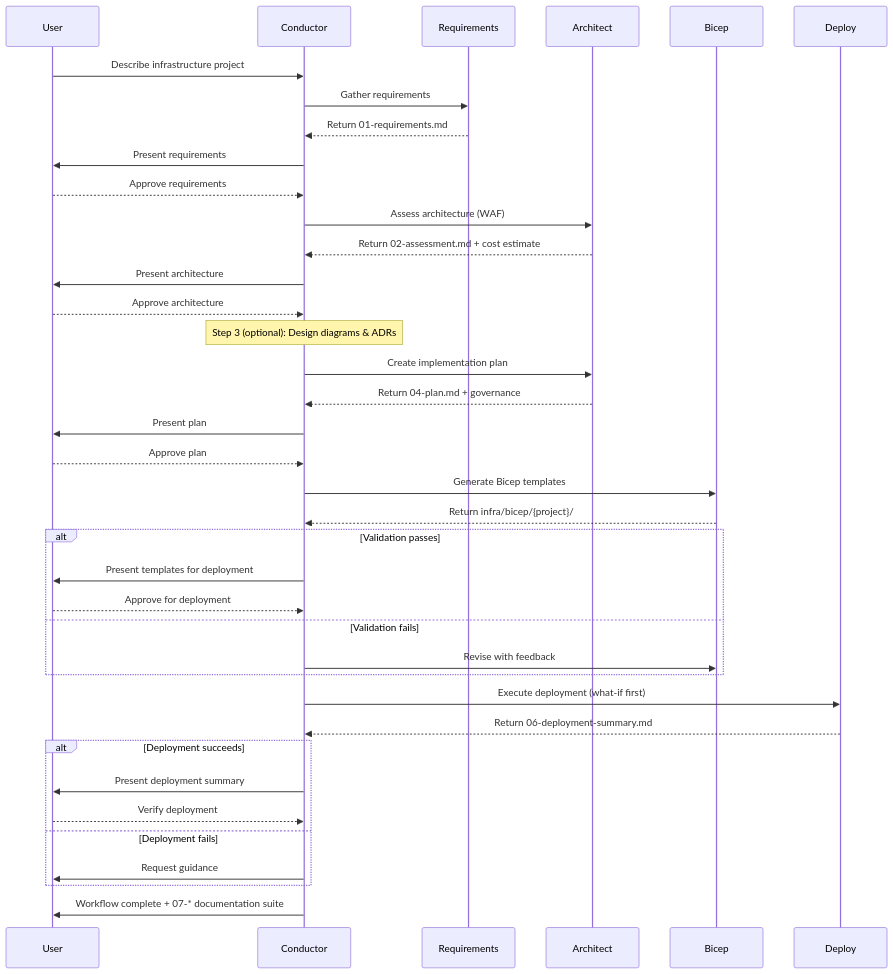
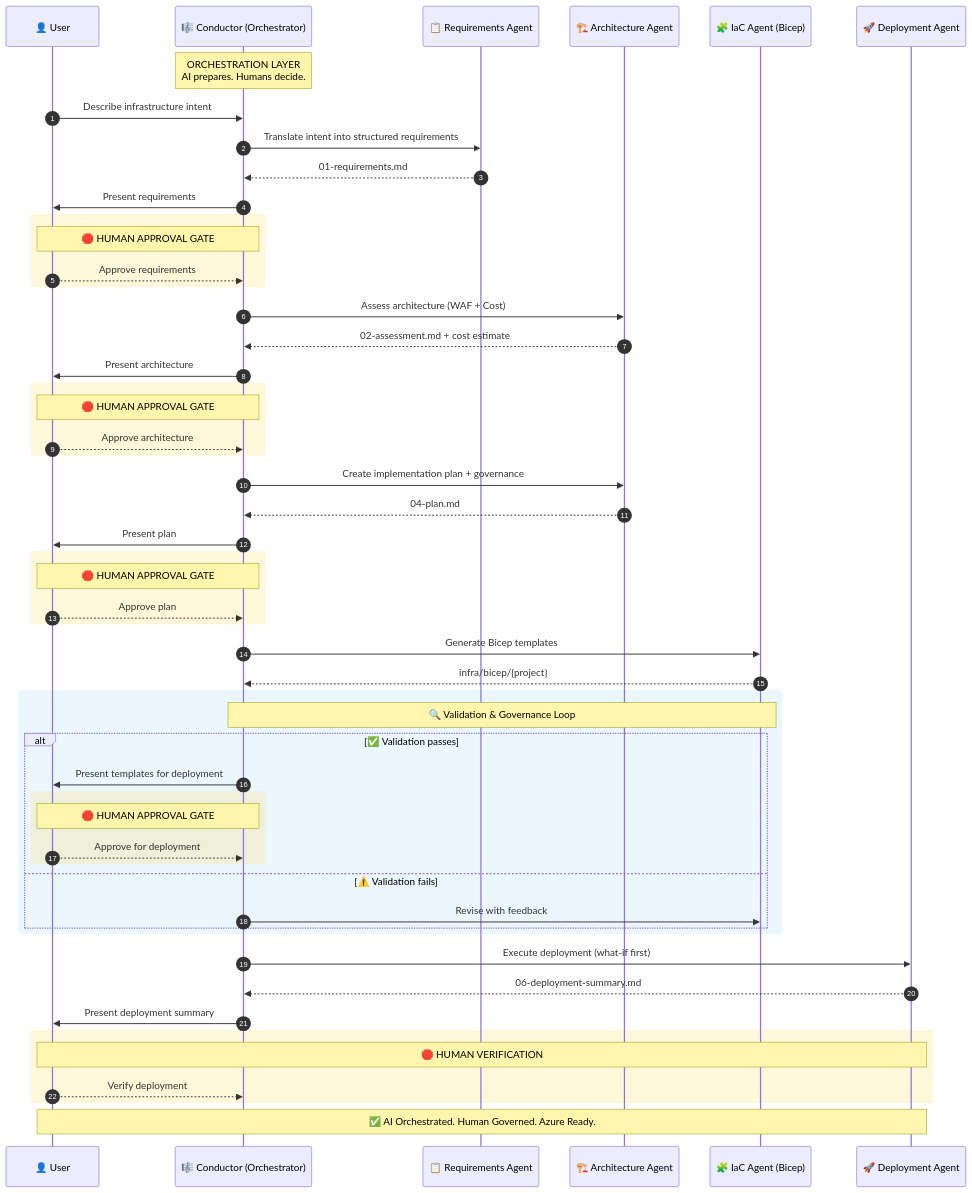
Before and after one commit to jonathan-vella/apex: the diagram in README.md, drawn with Mermaid. The commit also changed 3 other files, not shown here.

Commit message:
docs: update workflow diagram and gh trigger

````diff
--- a/README.md
+++ b/README.md
@@ -120,49 +120,73 @@
 ```mermaid
 sequenceDiagram
-    participant User
-    participant Conductor
-    participant Requirements
-    participant Architect
-    participant Bicep
-    participant Deploy
+    autonumber
+    participant U as 👤 User
+    participant C as 🎼 Conductor (Orchestrator)
+    participant R as 📋 Requirements Agent
+    participant A as 🏗️ Architecture Agent
+    participant B as 🧩 IaC Agent (Bicep)
+    participant D as 🚀 Deployment Agent
 
-    User->>Conductor: Describe infrastructure project
-    Conductor->>Requirements: Gather requirements
-    Requirements-->>Conductor: Return 01-requirements.md
-    Conductor->>User: Present requirements
-    User-->>Conductor: Approve requirements
+    Note over C: ORCHESTRATION LAYER<br/>AI prepares. Humans decide.
 
-    Conductor->>Architect: Assess architecture (WAF)
-    Architect-->>Conductor: Return 02-assessment.md + cost estimate
-    Conductor->>User: Present architecture
-    User-->>Conductor: Approve architecture
-
-    Note over Conductor: Step 3 (optional): Design diagrams & ADRs
-
-    Conductor->>Architect: Create implementation plan
-    Architect-->>Conductor: Return 04-plan.md + governance
-    Conductor->>User: Present plan
-    User-->>Conductor: Approve plan
-
-    Conductor->>Bicep: Generate Bicep templates
-    Bicep-->>Conductor: Return infra/bicep/{project}/
-
-    alt Validation passes
-        Conductor->>User: Present templates for deployment
-        User-->>Conductor: Approve for deployment
-    else Validation fails
-        Conductor->>Bicep: Revise with feedback
+    %% --- Intent & Requirements ---
+    U->>C: Describe infrastructure intent
+    C->>R: Translate intent into structured requirements
+    R-->>C: 01-requirements.md
+    C->>U: Present requirements
+    
+    rect rgba(255, 200, 0, 0.15)
+    Note over U,C: 🛑 HUMAN APPROVAL GATE
+    U-->>C: Approve requirements
     end
 
-    Conductor->>Deploy: Execute deployment (what-if first)
-    Deploy-->>Conductor: Return 06-deployment-summary.md
-
-    alt Deployment succeeds
-        Conductor->>User: Present deployment summary
-        User-->>Conductor: Verify deployment
-    else Deployment fails
-        Conductor->>User: Request guidance
+    %% --- Architecture Assessment ---
+    C->>A: Assess architecture (WAF + Cost)
+    A-->>C: 02-assessment.md + cost estimate
+    C->>U: Present architecture
+    
+    rect rgba(255, 200, 0, 0.15)
+    Note over U,C: 🛑 HUMAN APPROVAL GATE
+    U-->>C: Approve architecture
     end
 
-    Conductor->>User: Workflow complete + 07-* documentation suite
+    %% --- Planning & Governance ---
+    C->>A: Create implementation plan + governance
+    A-->>C: 04-plan.md
+    C->>U: Present plan
+    
+    rect rgba(255, 200, 0, 0.15)
+    Note over U,C: 🛑 HUMAN APPROVAL GATE
+    U-->>C: Approve plan
+    end
+
+    %% --- IaC Generation ---
+    C->>B: Generate Bicep templates
+    B-->>C: infra/bicep/{project}
+
+    %% --- Validation Loop ---
+    rect rgba(0, 150, 255, 0.08)
+    Note over C,B: 🔍 Validation & Governance Loop
+    alt ✅ Validation passes
+        C->>U: Present templates for deployment
+        rect rgba(255, 200, 0, 0.15)
+        Note over U,C: 🛑 HUMAN APPROVAL GATE
+        U-->>C: Approve for deployment
+        end
+    else ⚠️ Validation fails
+        C->>B: Revise with feedback
+    end
+    end
+
+    %% --- Deployment ---
+    C->>D: Execute deployment (what-if first)
+    D-->>C: 06-deployment-summary.md
+    C->>U: Present deployment summary
+
+    rect rgba(255, 200, 0, 0.15)
+    Note over U,D: 🛑 HUMAN VERIFICATION
+    U-->>C: Verify deployment
+    end
+
+    Note over U,D: ✅ AI Orchestrated. Human Governed. Azure Ready.
 ```
````
